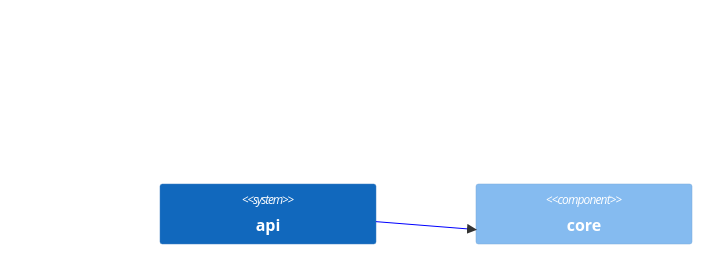
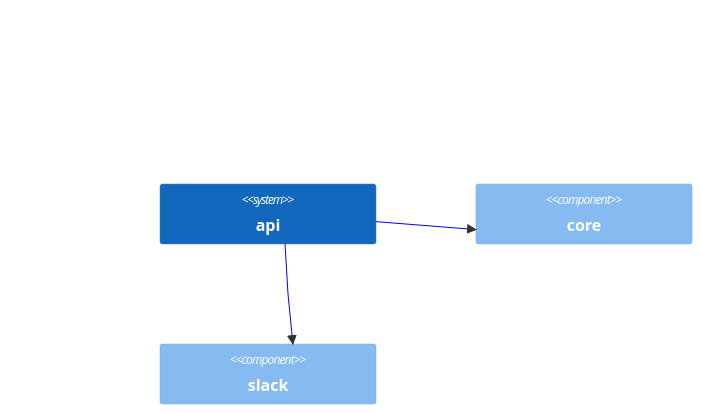
Before and after one commit to albertlatacz/shift-left-kotlin: the diagram in services/api/README.md, drawn with Mermaid. The commit also changed other lines of this file and 11 other files, not shown here.

Commit message:
added slack call into api

````diff
--- a/services/api/README.md
+++ b/services/api/README.md
@@ -18,8 +19,11 @@
 ```mermaid
 C4Context        
    UpdateLayoutConfig($c4ShapeInRow="2")                           
    System(api, "api")
    Component(core, "core")
+   Component(slack, "slack")
    Rel(api, core, " ") 
-   UpdateRelStyle(api, core, $lineColor="blue")                
+   UpdateRelStyle(api, core, $lineColor="blue")
+   Rel(api, slack, " ") 
+   UpdateRelStyle(api, slack, $lineColor="blue")                
 ```
````
